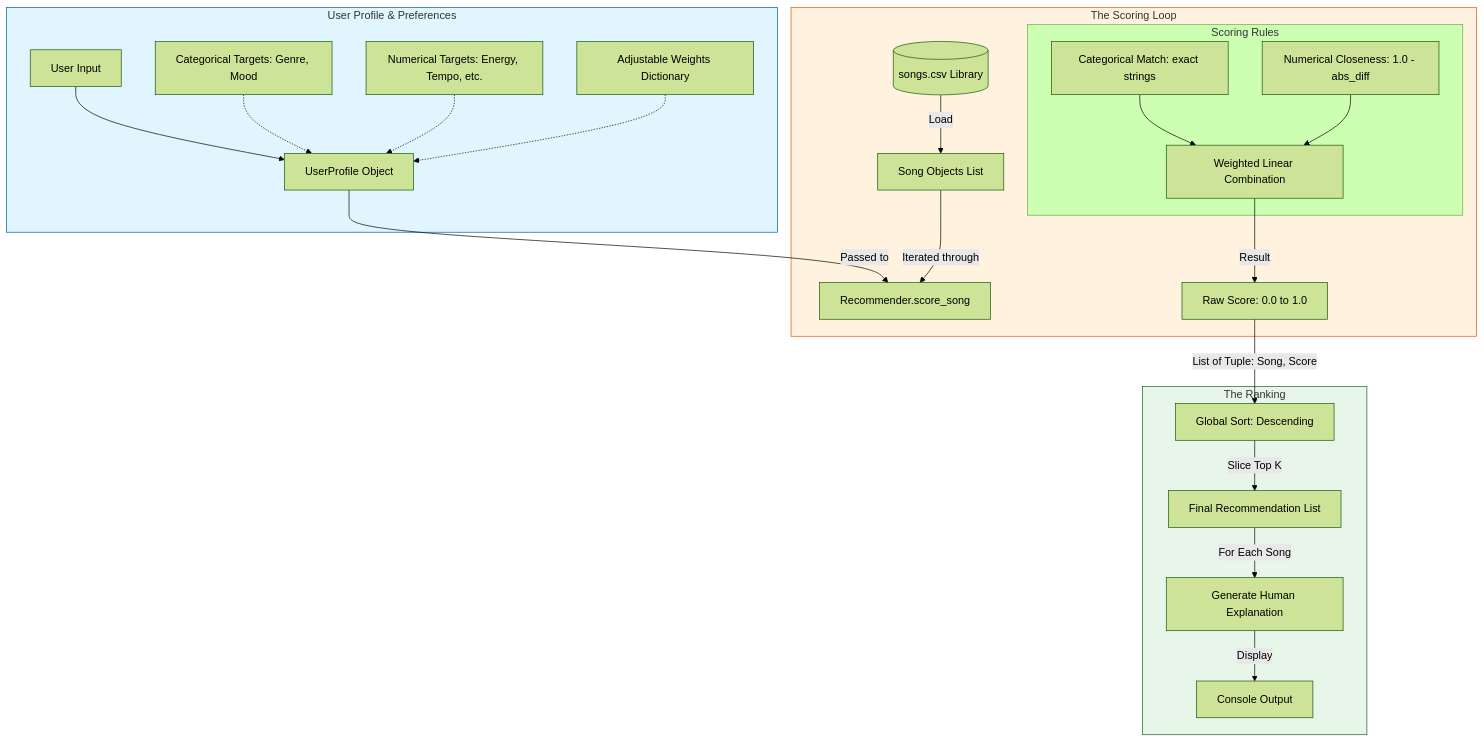
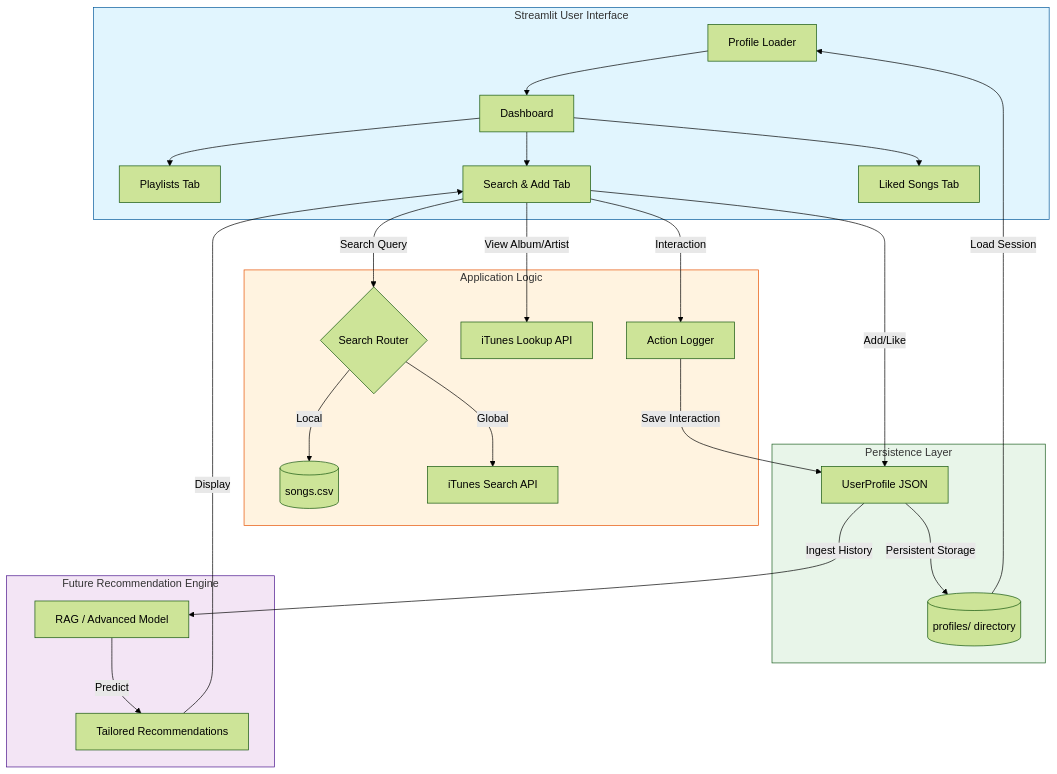
Before and after one commit to Einksul/ai110_music_recommender_extension: the diagram in UML.md, drawn with Mermaid (forest theme). The commit also changed other lines of this file and 3 other files, not shown here.

Commit message:
global search

````diff
--- a/UML.md
+++ b/UML.md
@@ -5,37 +7,42 @@
 ```mermaid
 graph TD
-    %% Input Phase
-    subgraph Input [User Profile & Preferences]
-        A[User Input] --> B[UserProfile Object]
-        B1[Categorical Targets: Genre, Mood] -.-> B
-        B2[Numerical Targets: Energy, Tempo, etc.] -.-> B
-        B3[Adjustable Weights Dictionary] -.-> B
+    %% User Layer
+    subgraph UI [Streamlit User Interface]
+        A[Profile Loader] --> B[Dashboard]
+        B --> C1[Playlists Tab]
+        B --> C2[Search & Add Tab]
+        B --> C3[Liked Songs Tab]
     end
 
-    %% Processing Phase
-    subgraph Process [The Scoring Loop]
-        C[(songs.csv Library)] -- Load --> D[Song Objects List]
-        B -- Passed to --> E[Recommender.score_song]
-        D -- Iterated through --> E
+    %% Logic Layer
+    subgraph AppLogic [Application Logic]
+        C2 -- Search Query --> D{Search Router}
+        D -- Local --> E[(songs.csv)]
+        D -- Global --> F[iTunes Search API]
         
-        subgraph Logic [Scoring Rules]
-            E1[Categorical Match: exact strings]
-            E2[Numerical Closeness: 1.0 - abs_diff]
-            E1 & E2 --> E3[Weighted Linear Combination]
-        end
-        E3 -- Result --> F[Raw Score: 0.0 to 1.0]
+        C2 -- View Album/Artist --> G[iTunes Lookup API]
+        
+        C2 -- Interaction --> H[Action Logger]
     end
 
-    %% Output Phase
-    subgraph Output [The Ranking]
-        F -- List of Tuple: Song, Score --> G[Global Sort: Descending]
-        G -- Slice Top K --> H[Final Recommendation List]
-        H -- For Each Song --> I[Generate Human Explanation]
-        I -- Display --> J[Console Output]
+    %% Data Layer
+    subgraph Data [Persistence Layer]
+        H -- Save Interaction --> I[UserProfile JSON]
+        C2 -- Add/Like --> I
+        I -- Persistent Storage --> J[(profiles/ directory)]
+        J -- Load Session --> A
+    end
+
+    %% Future Phase
+    subgraph ML [Future Recommendation Engine]
+        I -- Ingest History --> K[RAG / Advanced Model]
+        K -- Predict --> L[Tailored Recommendations]
+        L -- Display --> C2
     end
 
     %% Styling
-    style Input fill:#e1f5fe,stroke:#01579b
-    style Process fill:#fff3e0,stroke:#e65100
-    style Output fill:#e8f5e9,stroke:#1b5e20
+    style UI fill:#e1f5fe,stroke:#01579b
+    style AppLogic fill:#fff3e0,stroke:#e65100
+    style Data fill:#e8f5e9,stroke:#1b5e20
+    style ML fill:#f3e5f5,stroke:#4a148c
 ```
````
